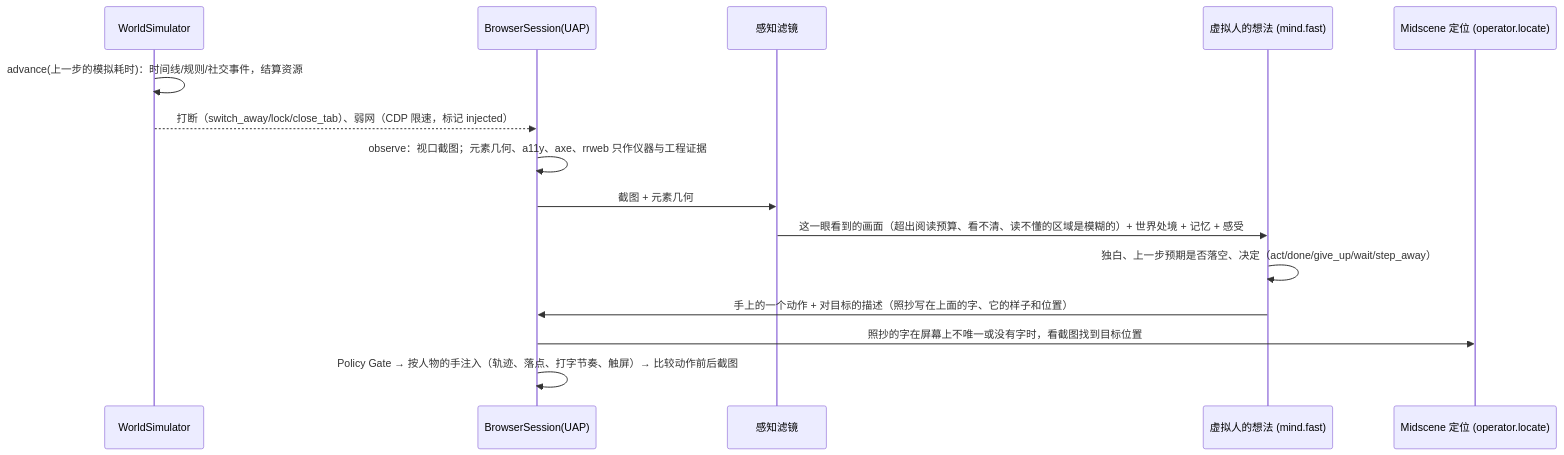
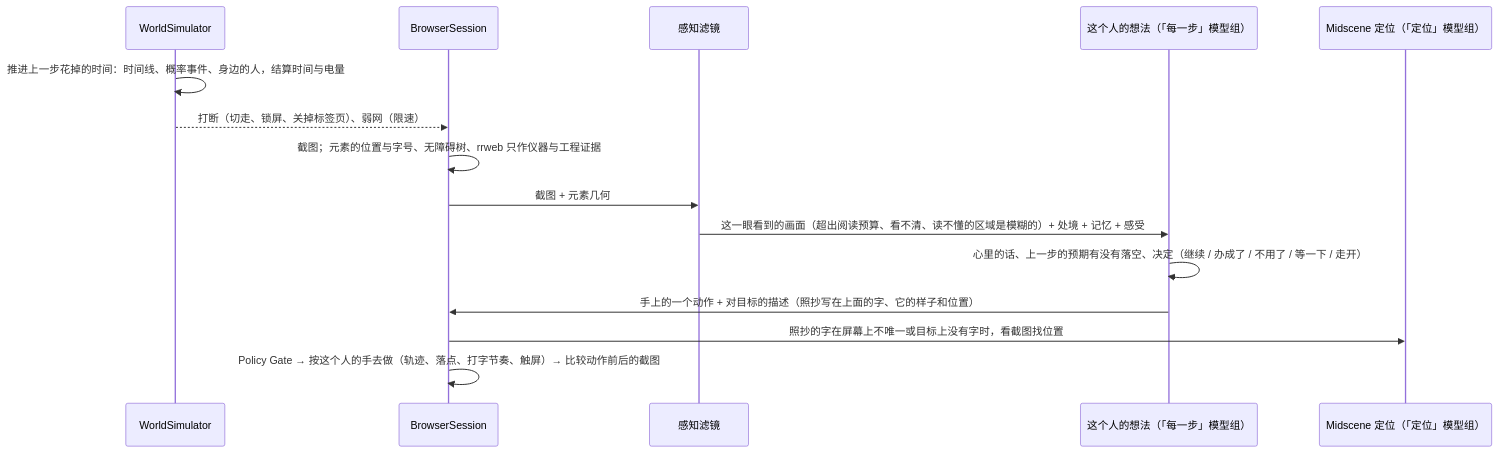
Before and after one commit to PlutoKeating/Project.Jobs: the second of 2 diagrams in docs/ARCHITECTURE.md, drawn with Mermaid. The commit also changed other lines of this file and 32 other files, not shown here.

````diff
--- a/docs/ARCHITECTURE.md
+++ b/docs/ARCHITECTURE.md
@@ -77,17 +76,17 @@
 ```mermaid
 sequenceDiagram
   participant W as WorldSimulator
-  participant B as BrowserSession(UAP)
+  participant B as BrowserSession
   participant P as 感知滤镜
-  participant M as 虚拟人的想法 (mind.fast)
-  participant L as Midscene 定位 (operator.locate)
-  W->>W: advance(上一步的模拟耗时)：时间线/规则/社交事件，结算资源
-  W-->>B: 打断（switch_away/lock/close_tab）、弱网（CDP 限速，标记 injected）
-  B->>B: observe：视口截图；元素几何、a11y、axe、rrweb 只作仪器与工程证据
+  participant M as 这个人的想法（「每一步」模型组）
+  participant L as Midscene 定位（「定位」模型组）
+  W->>W: 推进上一步花掉的时间：时间线、概率事件、身边的人，结算时间与电量
+  W-->>B: 打断（切走、锁屏、关掉标签页）、弱网（限速）
+  B->>B: 截图；元素的位置与字号、无障碍树、rrweb 只作仪器与工程证据
   B->>P: 截图 + 元素几何
-  P->>M: 这一眼看到的画面（超出阅读预算、看不清、读不懂的区域是模糊的）+ 世界处境 + 记忆 + 感受
-  M->>M: 独白、上一步预期是否落空、决定（act/done/give_up/wait/step_away）
+  P->>M: 这一眼看到的画面（超出阅读预算、看不清、读不懂的区域是模糊的）+ 处境 + 记忆 + 感受
+  M->>M: 心里的话、上一步的预期有没有落空、决定（继续 / 办成了 / 不用了 / 等一下 / 走开）
   M->>B: 手上的一个动作 + 对目标的描述（照抄写在上面的字、它的样子和位置）
-  B->>L: 照抄的字在屏幕上不唯一或没有字时，看截图找到目标位置
-  B->>B: Policy Gate → 按人物的手注入（轨迹、落点、打字节奏、触屏）→ 比较动作前后截图
+  B->>L: 照抄的字在屏幕上不唯一或目标上没有字时，看截图找位置
+  B->>B: Policy Gate → 按这个人的手去做（轨迹、落点、打字节奏、触屏）→ 比较动作前后的截图
 ```
````
